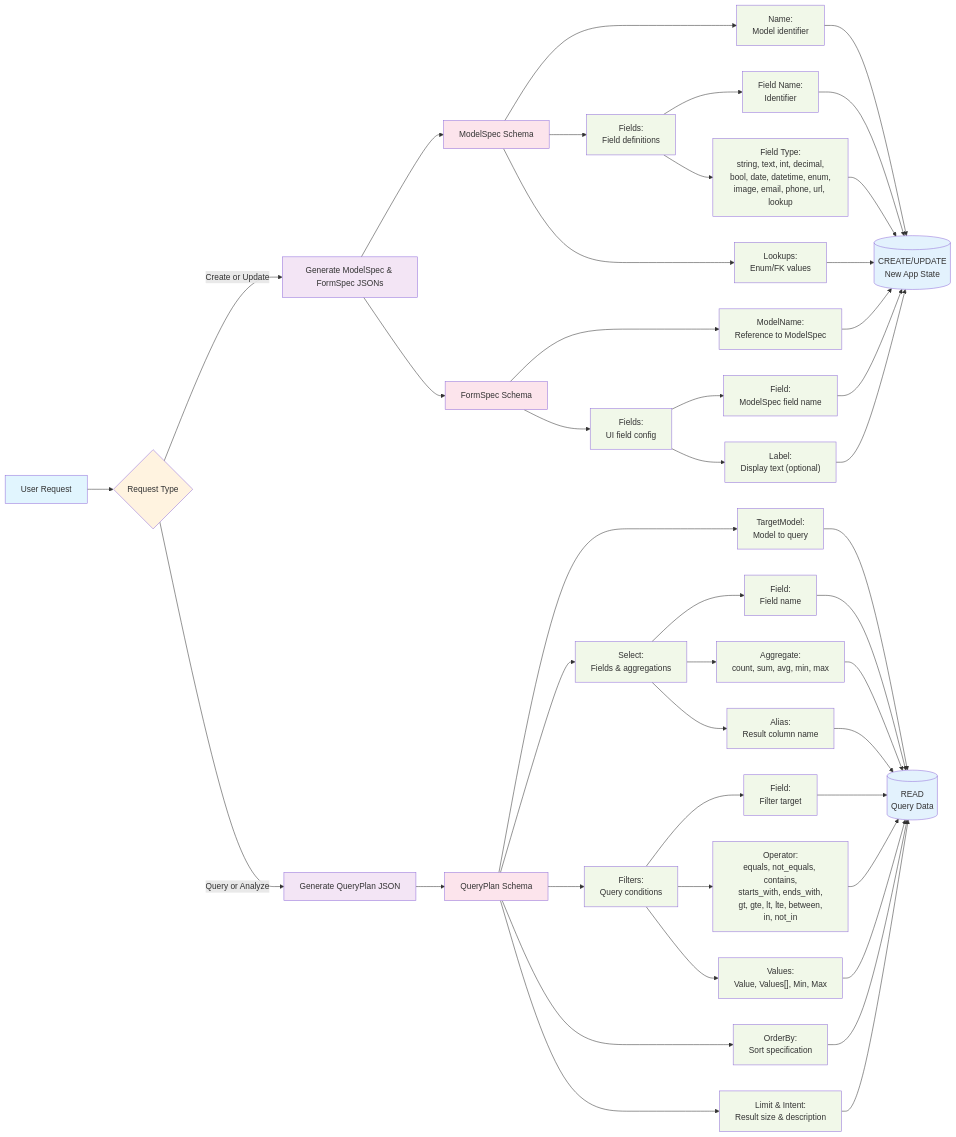
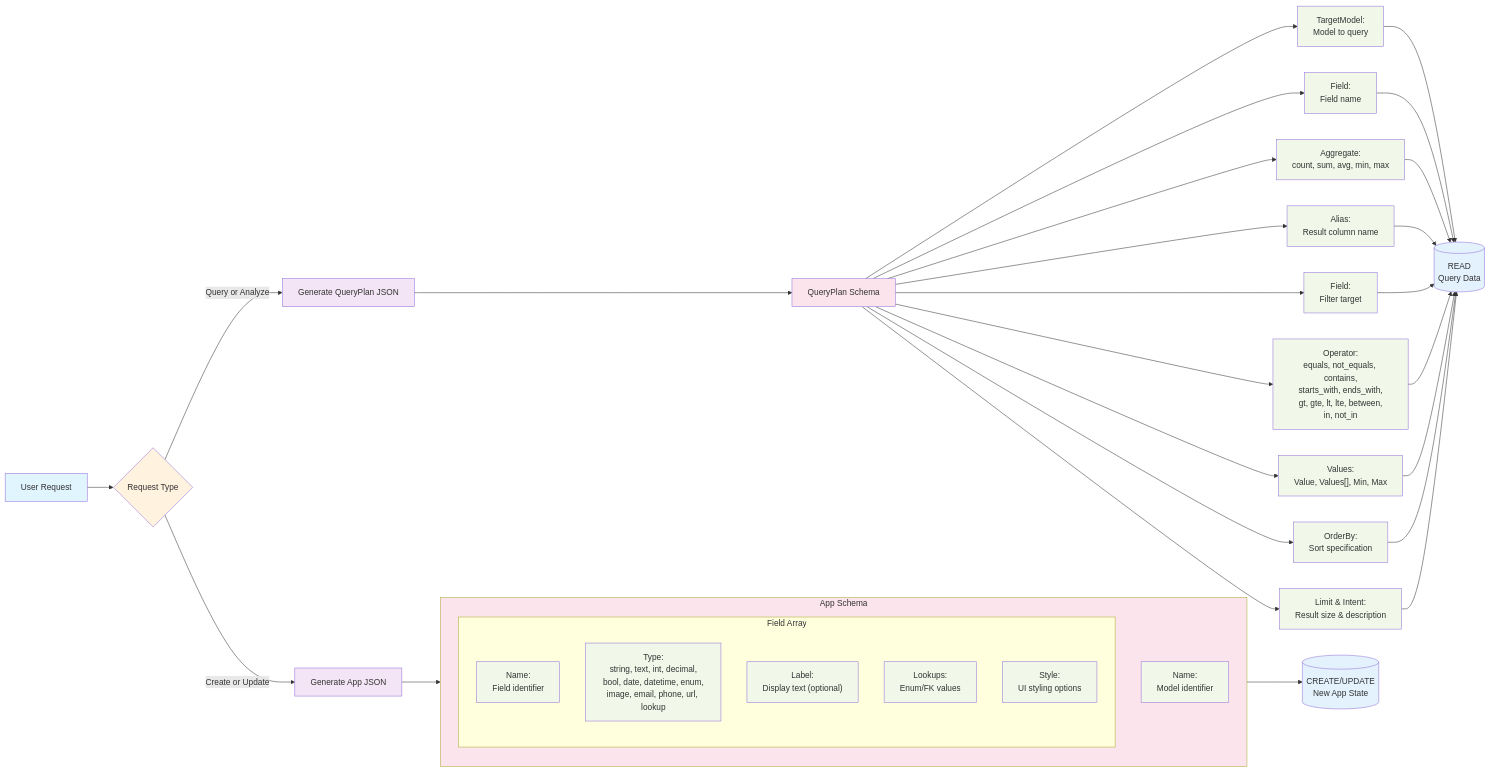
Before and after one commit to Mutilar/Marp: the first of 4 diagrams in genux.md, drawn with Mermaid. The commit also changed other lines of this file and 5 other files, not shown here.

````diff
--- a/genux.md
+++ b/genux.md
@@ -14,80 +14,68 @@
 ```mermaid
 flowchart LR
     A[User Request] --> B{Request Type}
     
-    B -->|Create or Update| C[Generate ModelSpec & FormSpec JSONs]
+    B -->|Create or Update| C[Generate App JSON]
     B -->|Query or Analyze| D[Generate QueryPlan JSON]
     
     %% Schema Details - Main Nodes
-    C --> G[ModelSpec Schema]
-    C --> K[FormSpec Schema]
+    C --> G[App Schema]
     D --> H[QueryPlan Schema]
     
-    %% ModelSpec Components
-    G --> G1["Name:<br/>Model identifier"]
-    G --> G2["Fields:<br/>Field definitions"]
-    G --> G3["Lookups:<br/>Enum/FK values"]
-    
-    G2 --> G2A["Field Name:<br/>Identifier"]
-    G2 --> G2B["Field Type:<br/>string, text, int, decimal,<br/>bool, date, datetime, enum,<br/>image, email, phone, url, lookup"]
-    
-    %% FormSpec Components  
-    K --> K1["ModelName:<br/>Reference to ModelSpec"]
-    K --> K2["Fields:<br/>UI field config"]
-    
-    K2 --> K2A["Field:<br/>ModelSpec field name"]
-    K2 --> K2B["Label:<br/>Display text (optional)"]
+    %% App Components
+    subgraph G["App Schema"]
+        direction TB
+        G1["Name:<br/>Model identifier"]
+        G2[Field Array]
+        
+        subgraph G2["Field Array"]
+            direction TB
+            G2A["Name:<br/>Field identifier"]
+            G2B["Type:<br/>string, text, int, decimal,<br/>bool, date, datetime, enum,<br/>image, email, phone, url, lookup"]
+            G2C["Label:<br/>Display text (optional)"]
+            G2D["Lookups:<br/>Enum/FK values"]
+            G2E["Style:<br/>UI styling options"]
+        end
+    end
     
     %% QueryPlan Components
     H --> H1["TargetModel:<br/>Model to query"]
-    H --> H2["Select:<br/>Fields & aggregations"]
-    H --> H3["Filters:<br/>Query conditions"]
+    H --> H2A["Field:<br/>Field name"]
+    H --> H2B["Aggregate:<br/>count, sum, avg, min, max"]
+    H --> H2C["Alias:<br/>Result column name"]
+    H --> H3A["Field:<br/>Filter target"]
+    H --> H3B["Operator:<br/>equals, not_equals, contains,<br/>starts_with, ends_with,<br/>gt, gte, lt, lte, between,<br/>in, not_in"]
+    H --> H3C["Values:<br/>Value, Values[], Min, Max"]
     H --> H4["OrderBy:<br/>Sort specification"]
     H --> H5["Limit & Intent:<br/>Result size & description"]
     
-    %% Select Details
-    H2 --> H2A["Field:<br/>Field name"]
-    H2 --> H2B["Aggregate:<br/>count, sum, avg, min, max"]
-    H2 --> H2C["Alias:<br/>Result column name"]
-    
-    %% Filter Details
-    H3 --> H3A["Field:<br/>Filter target"]
-    H3 --> H3B["Operator:<br/>equals, not_equals, contains,<br/>starts_with, ends_with,<br/>gt, gte, lt, lte, between,<br/>in, not_in"]
-    H3 --> H3C["Values:<br/>Value, Values[], Min, Max"]
-    
     %% Database Operations - Connected from detail components
-    G1 --> I[("CREATE/UPDATE<br/>New App State")]
-    G2A --> I
-    G2B --> I
-    G3 --> I
-    K1 --> I
-    K2A --> I
-    K2B --> I
+    G --> I[("CREATE/UPDATE<br/>New App State")]
     
     H1 --> J[("READ<br/>Query Data")]
     H2A --> J
     H2B --> J
     H2C --> J
     H3A --> J
     H3B --> J
     H3C --> J
     H4 --> J
     H5 --> J
     
     %% Styling
     classDef userInput fill:#e1f5fe
     classDef decision fill:#fff3e0
     classDef process fill:#f3e5f5
     classDef output fill:#e8f5e8
     classDef schema fill:#fce4ec
     classDef database fill:#e3f2fd
     classDef detail fill:#f1f8e9
     
     class A userInput
     class B decision
     class C,D process
-    class G,H,K schema
-    class G1,G2,G3,K1,K2,H1,H2,H3,H4,H5 detail
-    class G2A,G2B,K2A,K2B,H2A,H2B,H2C,H3A,H3B,H3C detail
+    class G,H schema
+    class G1,H1,H2,H3,H4,H5 detail
+    class G2A,G2B,G2C,G2D,G2E,H2A,H2B,H2C,H3A,H3B,H3C detail
     class I,J database
 ```
````
